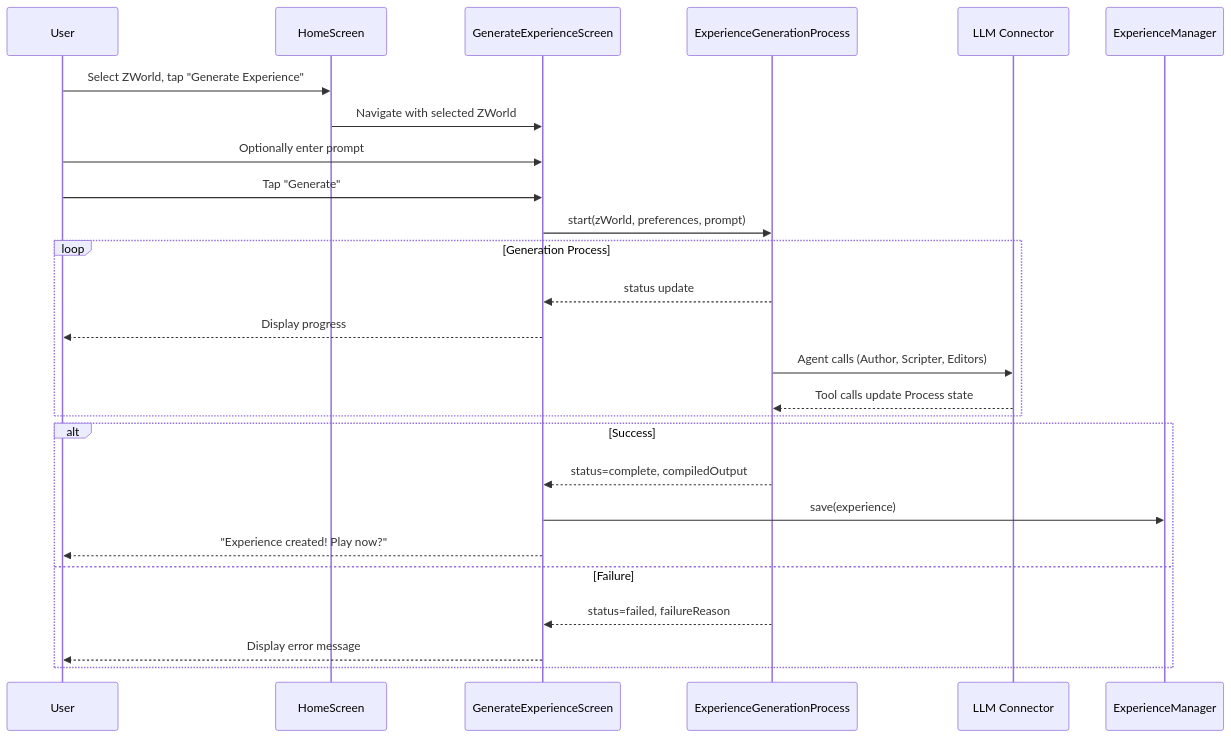
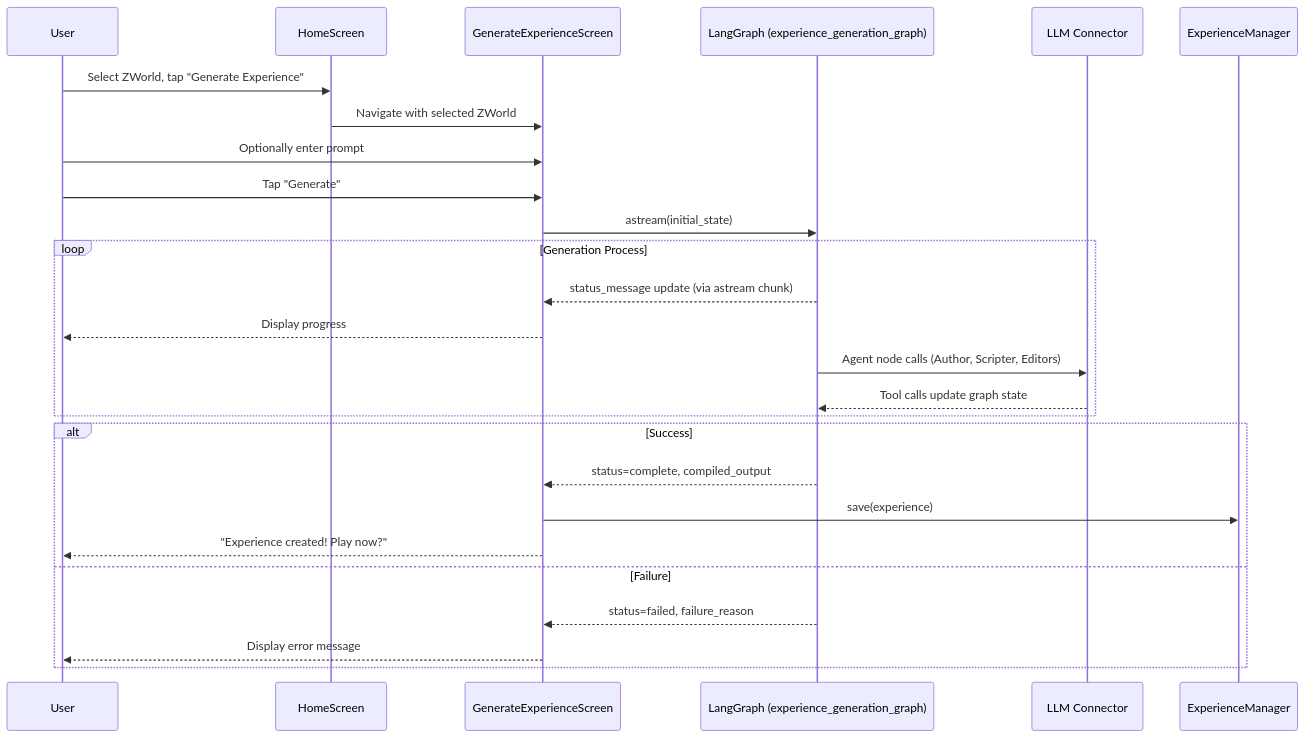
The fourth of 4 diagrams in docs/User Experience.md (peterbaileyct/zforge), drawn with Mermaid before and after one commit. The commit also changed other lines of this file and 11 other files, not shown here.

````diff
--- a/docs/User Experience.md
+++ b/docs/User Experience.md
@@ -250,31 +241,31 @@
 ```mermaid
 sequenceDiagram
     participant U as User
     participant H as HomeScreen
-    participant G as GenerateExperienceScreen
-    participant P as ExperienceGenerationProcess
+    participant GE as GenerateExperienceScreen
+    participant G as LangGraph (experience_generation_graph)
     participant LLM as LLM Connector
     participant EM as ExperienceManager
 
     U->>H: Select ZWorld, tap "Generate Experience"
-    H->>G: Navigate with selected ZWorld
-    U->>G: Optionally enter prompt
-    U->>G: Tap "Generate"
-    G->>P: start(zWorld, preferences, prompt)
+    H->>GE: Navigate with selected ZWorld
+    U->>GE: Optionally enter prompt
+    U->>GE: Tap "Generate"
+    GE->>G: astream(initial_state)
     
     loop Generation Process
-        P-->>G: status update
-        G-->>U: Display progress
-        P->>LLM: Agent calls (Author, Scripter, Editors)
-        LLM-->>P: Tool calls update Process state
+        G-->>GE: status_message update (via astream chunk)
+        GE-->>U: Display progress
+        G->>LLM: Agent node calls (Author, Scripter, Editors)
+        LLM-->>G: Tool calls update graph state
     end
     
     alt Success
-        P-->>G: status=complete, compiledOutput
-        G->>EM: save(experience)
-        G-->>U: "Experience created! Play now?"
+        G-->>GE: status=complete, compiled_output
+        GE->>EM: save(experience)
+        GE-->>U: "Experience created! Play now?"
     else Failure
-        P-->>G: status=failed, failureReason
-        G-->>U: Display error message
+        G-->>GE: status=failed, failure_reason
+        GE-->>U: Display error message
     end
 ```
````
